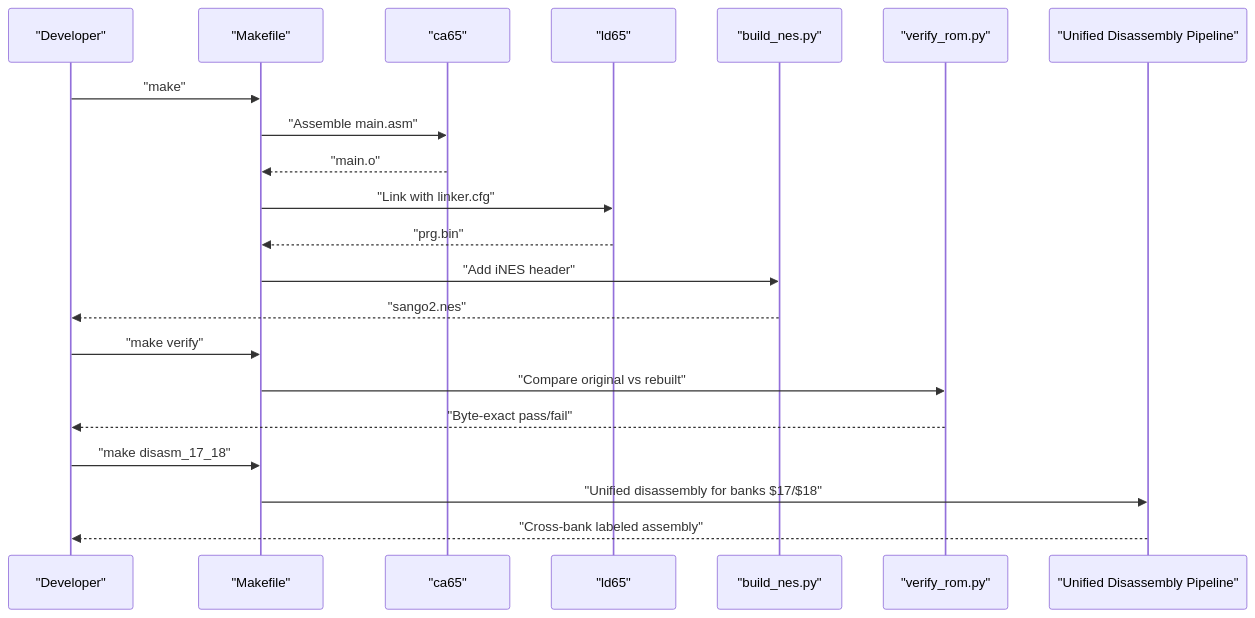
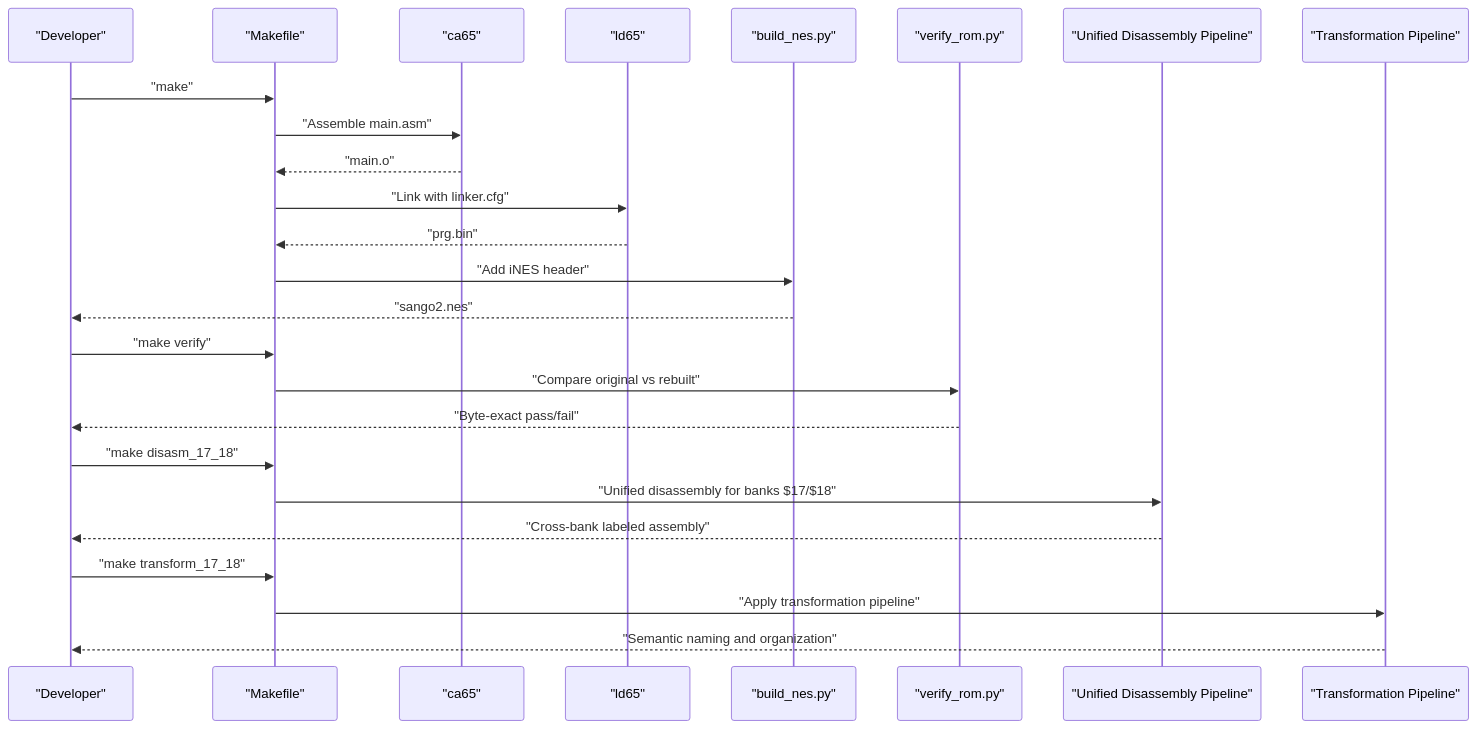
One commit to rabbyzero/sango2dasm changed the second of 12 diagrams in .qoder/repowiki/en/content/Build System and Tools/Build System and Tools.md. Above: the diagram before and after it, drawn with Mermaid. The commit also changed other lines of this file and 11 other files, not shown here.

````diff
--- a/.qoder/repowiki/en/content/Build System and Tools/Build System and Tools.md
+++ b/.qoder/repowiki/en/content/Build System and Tools/Build System and Tools.md
@@ -202,23 +223,27 @@
 ```mermaid
 sequenceDiagram
 participant Dev as "Developer"
 participant MK as "Makefile"
 participant CA as "ca65"
 participant LD as "ld65"
 participant BN as "build_nes.py"
 participant VR as "verify_rom.py"
 participant UD as "Unified Disassembly Pipeline"
+participant TP as "Transformation Pipeline"
 Dev->>MK : "make"
 MK->>CA : "Assemble main.asm"
 CA-->>MK : "main.o"
 MK->>LD : "Link with linker.cfg"
 LD-->>MK : "prg.bin"
 MK->>BN : "Add iNES header"
 BN-->>Dev : "sango2.nes"
 Dev->>MK : "make verify"
 MK->>VR : "Compare original vs rebuilt"
 VR-->>Dev : "Byte-exact pass/fail"
 Dev->>MK : "make disasm_17_18"
 MK->>UD : "Unified disassembly for banks $17/$18"
 UD-->>Dev : "Cross-bank labeled assembly"
+Dev->>MK : "make transform_17_18"
+MK->>TP : "Apply transformation pipeline"
+TP-->>Dev : "Semantic naming and organization"
 ```
````
